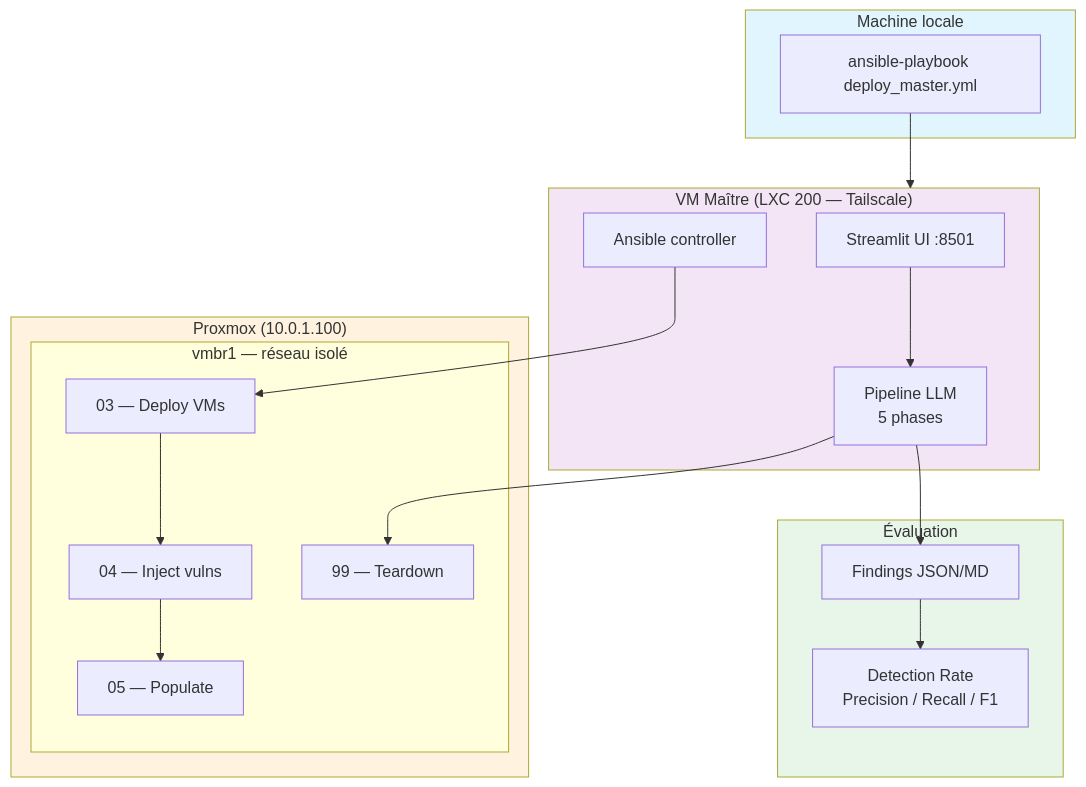
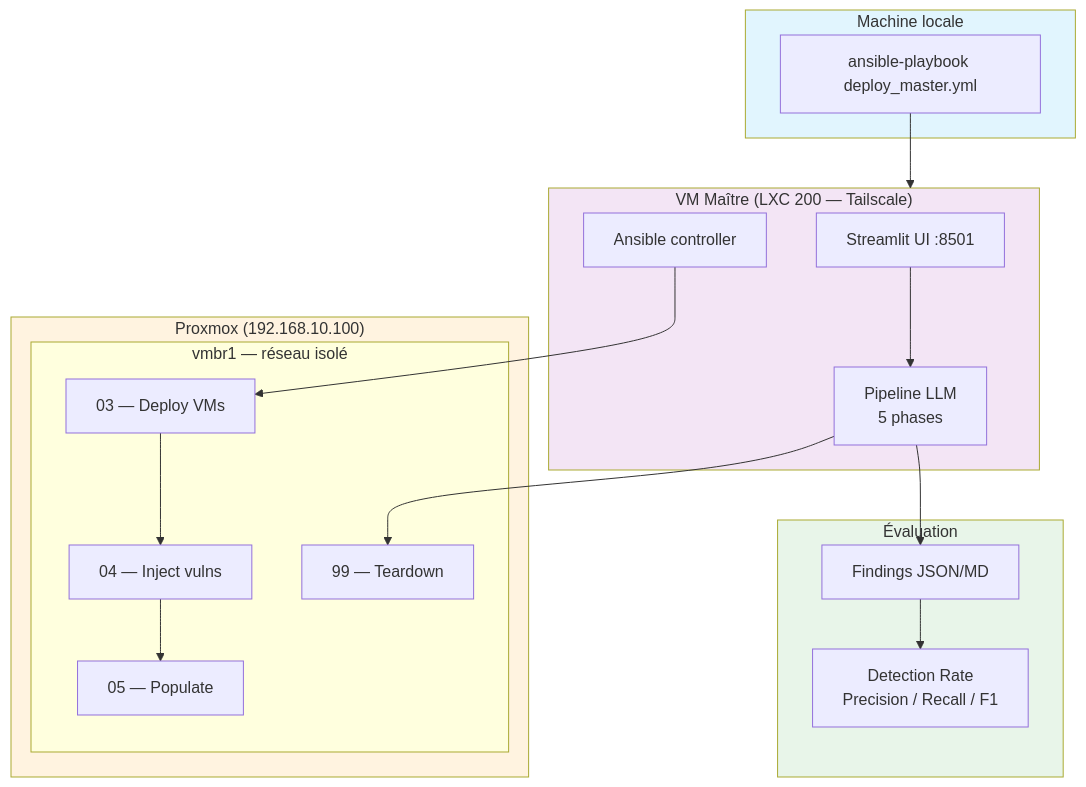
The diagram in benchmarks/README.md (Tanguyvans/LANCE), drawn with Mermaid before and after one commit. The commit also changed other lines of this file and 7 other files, not shown here.

````diff
--- a/benchmarks/README.md
+++ b/benchmarks/README.md
@@ -7,37 +7,37 @@
 ```mermaid
 graph TB
     subgraph Local["Machine locale"]
         DEPLOY_MASTER[ansible-playbook deploy_master.yml]
     end
 
     subgraph Master["VM Maître (LXC 200 — Tailscale)"]
         STREAMLIT[Streamlit UI :8501]
         PIPELINE[Pipeline LLM<br/>5 phases]
         ANSIBLE_CTL[Ansible controller]
     end
 
-    subgraph Proxmox["Proxmox (10.0.1.100)"]
+    subgraph Proxmox["Proxmox (192.168.10.100)"]
         subgraph Benchmark["vmbr1 — réseau isolé"]
             DEPLOY[03 — Deploy VMs]
             INJECT[04 — Inject vulns]
             POPULATE[05 — Populate]
             TEARDOWN[99 — Teardown]
         end
     end
 
     subgraph Eval["Évaluation"]
         FINDINGS[Findings JSON/MD]
         METRICS[Detection Rate<br/>Precision / Recall / F1]
     end
 
     DEPLOY_MASTER --> Master
     STREAMLIT --> PIPELINE
     ANSIBLE_CTL --> DEPLOY --> INJECT --> POPULATE
     PIPELINE --> FINDINGS --> METRICS
     PIPELINE --> TEARDOWN
 
     style Local fill:#e1f5fe
     style Master fill:#f3e5f5
     style Proxmox fill:#fff3e0
     style Eval fill:#e8f5e9
 ```
````
